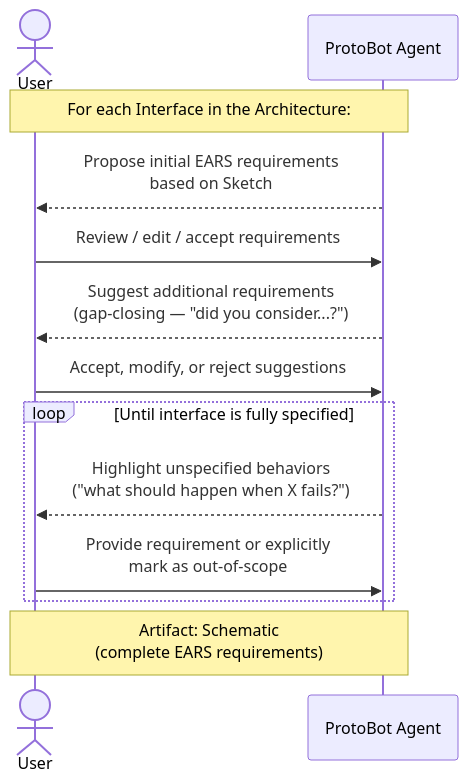
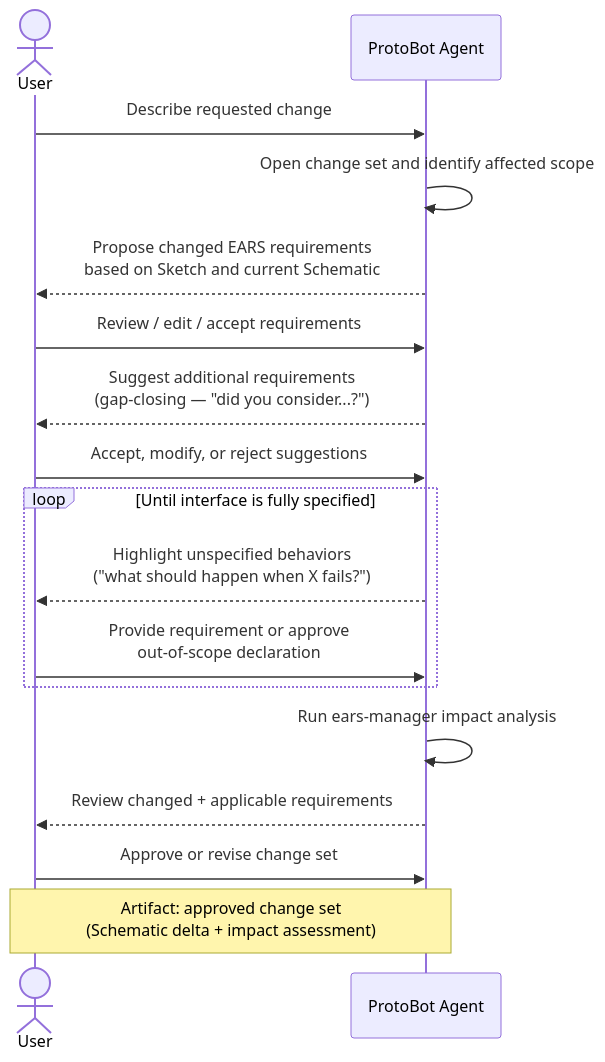
One commit to JohnStrunk/ProtoBot changed the fourth of 10 diagrams in docs/architecture/user-interaction-flow.md. Above: the diagram before and after it, drawn with Mermaid. The commit also changed other lines of this file and 4 other files, not shown here.

Commit message:
Revise architecture from PR feedback

````diff
--- a/docs/architecture/user-interaction-flow.md
+++ b/docs/architecture/user-interaction-flow.md
@@ -197,19 +258,24 @@
 ```mermaid
 sequenceDiagram
     actor User
     participant Agent as ProtoBot Agent
 
-    Note over User,Agent: For each Interface in the Architecture:
+    User->>Agent: Describe requested change
+    Agent->>Agent: Open change set and identify affected scope
 
-    Agent-->>User: Propose initial EARS requirements<br/>based on Sketch
+    Agent-->>User: Propose changed EARS requirements<br/>based on Sketch and current Schematic
     User->>Agent: Review / edit / accept requirements
     Agent-->>User: Suggest additional requirements<br/>(gap-closing — "did you consider...?")
     User->>Agent: Accept, modify, or reject suggestions
 
     loop Until interface is fully specified
         Agent-->>User: Highlight unspecified behaviors<br/>("what should happen when X fails?")
-        User->>Agent: Provide requirement or explicitly<br/>mark as out-of-scope
+        User->>Agent: Provide requirement or approve<br/>out-of-scope declaration
     end
 
-    Note over User,Agent: Artifact: Schematic<br/>(complete EARS requirements)
+    Agent->>Agent: Run ears-manager impact analysis
+    Agent-->>User: Review changed + applicable requirements
+    User->>Agent: Approve or revise change set
+
+    Note over User,Agent: Artifact: approved change set<br/>(Schematic delta + impact assessment)
 ```
````
